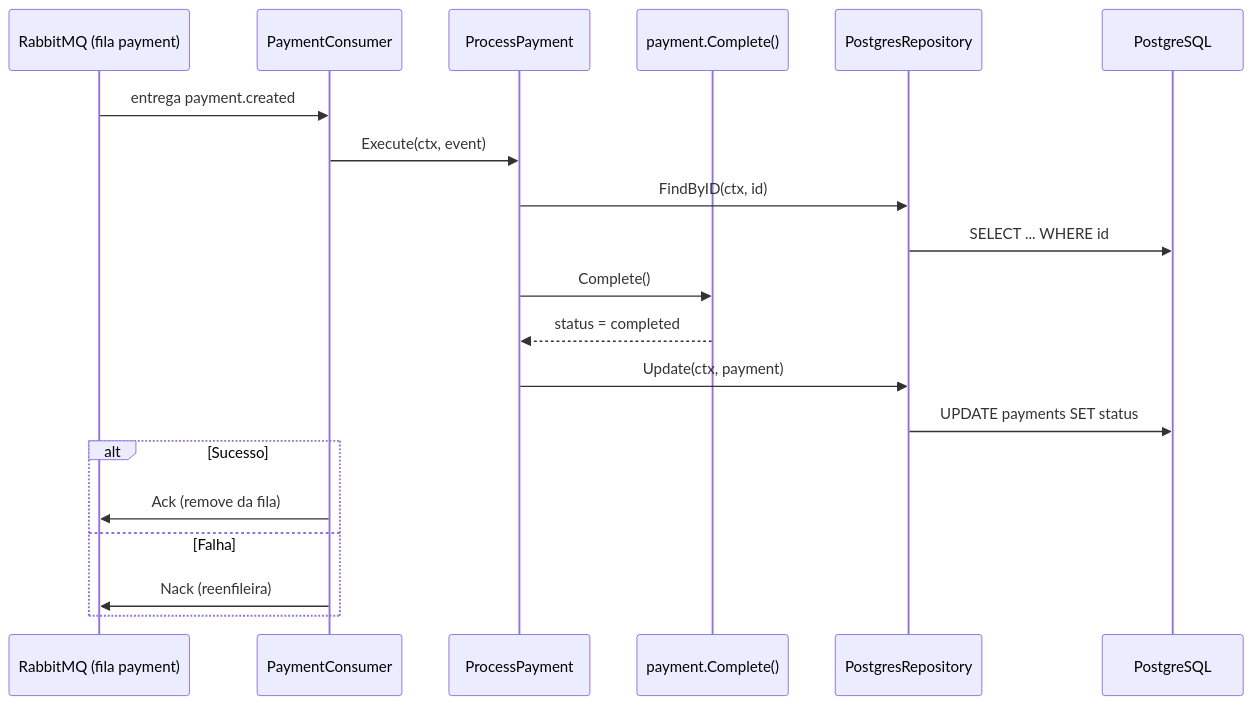
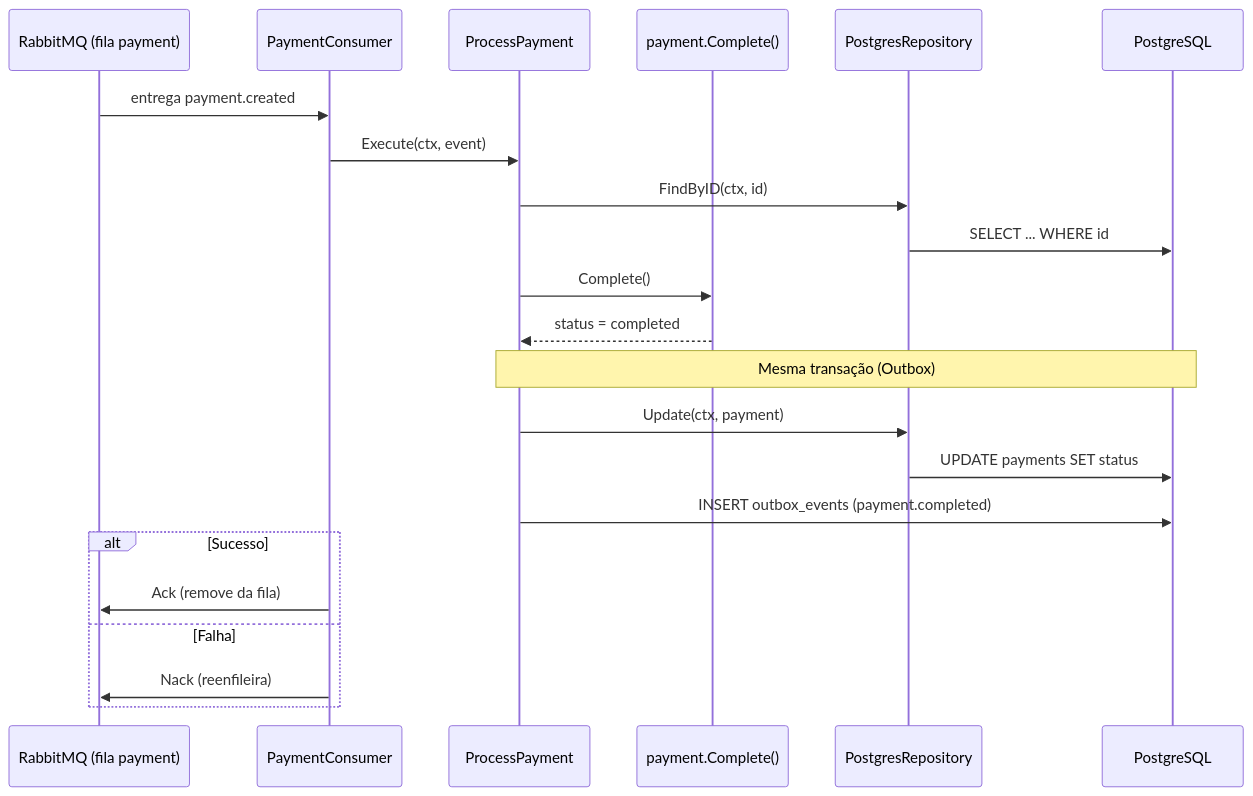
One commit to VictordaSilvaf/payment_service changed the fifth of 7 diagrams in README.md. Above: the diagram before and after it, drawn with Mermaid. The commit also changed other lines of this file and 39 other files, not shown here.

````diff
--- a/README.md
+++ b/README.md
@@ -260,23 +272,25 @@
 ```mermaid
 sequenceDiagram
     participant RMQ as RabbitMQ (fila payment)
     participant Consumer as PaymentConsumer
     participant UC as ProcessPayment
     participant Domain as payment.Complete()
     participant Repo as PostgresRepository
     participant DB as PostgreSQL
 
     RMQ->>Consumer: entrega payment.created
     Consumer->>UC: Execute(ctx, event)
     UC->>Repo: FindByID(ctx, id)
     Repo->>DB: SELECT ... WHERE id
     UC->>Domain: Complete()
     Domain-->>UC: status = completed
+    Note over UC,DB: Mesma transação (Outbox)
     UC->>Repo: Update(ctx, payment)
     Repo->>DB: UPDATE payments SET status
+    UC->>DB: INSERT outbox_events (payment.completed)
     alt Sucesso
         Consumer->>RMQ: Ack (remove da fila)
     else Falha
         Consumer->>RMQ: Nack (reenfileira)
     end
 ```
````
